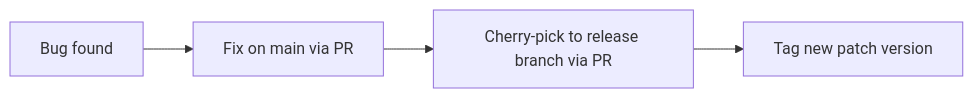
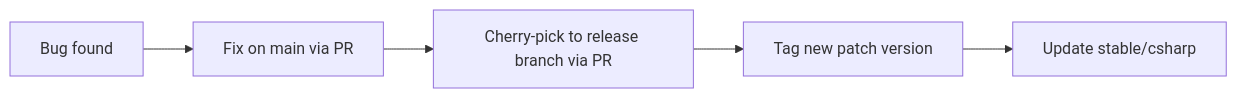
The third of 3 diagrams in csharp/RELEASE_PROCESS.md (adbc-drivers/databricks), drawn with Mermaid before and after one commit. The commit also changed other lines of this file, not shown here.

Commit message:
docs(csharp): add stable branch, fix lifecycle diagram, expand CI/CD section

````diff
--- a/csharp/RELEASE_PROCESS.md
+++ b/csharp/RELEASE_PROCESS.md
@@ -76,6 +78,7 @@
 ```mermaid
 flowchart LR
     A[Bug found] --> B[Fix on main via PR]
     B --> C[Cherry-pick to release branch via PR]
     C --> D[Tag new patch version]
+    D --> E[Update stable/csharp]
 ```
````
